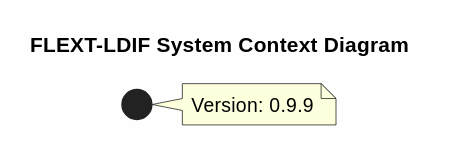
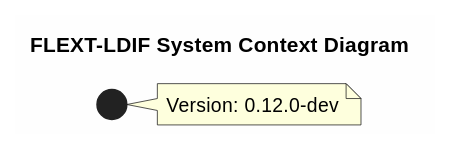
Before and after one commit to flext-sh/flext-ldif: the second of 2 diagrams in docs/diagrams/README.md, drawn with PlantUML. The commit also changed other lines of this file and 39 other files, not shown here.

````diff
--- a/docs/diagrams/README.md
+++ b/docs/diagrams/README.md
@@ -145,12 +145,12 @@
 ```plantuml
 ' Consistent styling
 skinparam backgroundColor #FEFEFE
 skinparam packageBackgroundColor #E6F3FF
 skinparam packageBorderColor #0066CC
 
 ' Use titles
 title FLEXT-LDIF System Context Diagram
 
 ' Include version information
-note right : Version: 0.9.9
+note right : Version: 0.12.0-dev
 ```
````
